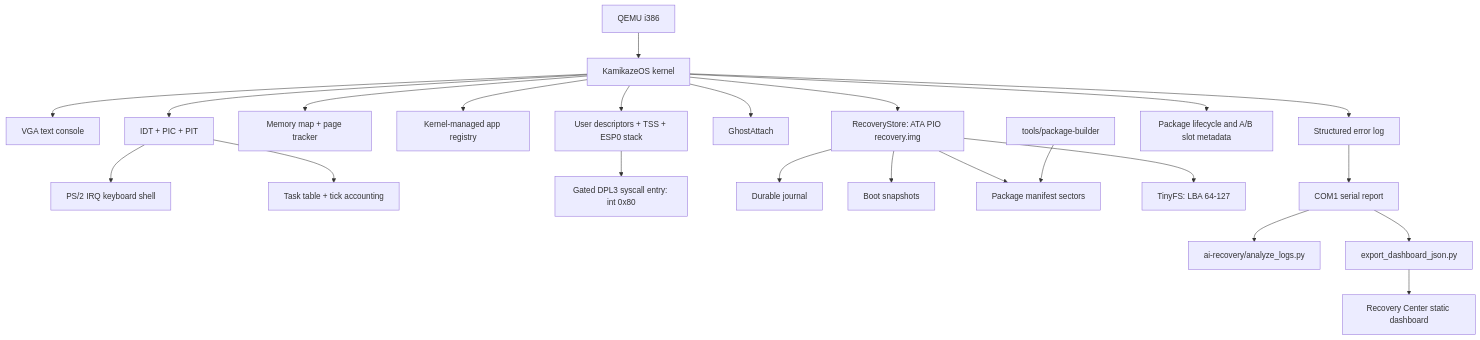
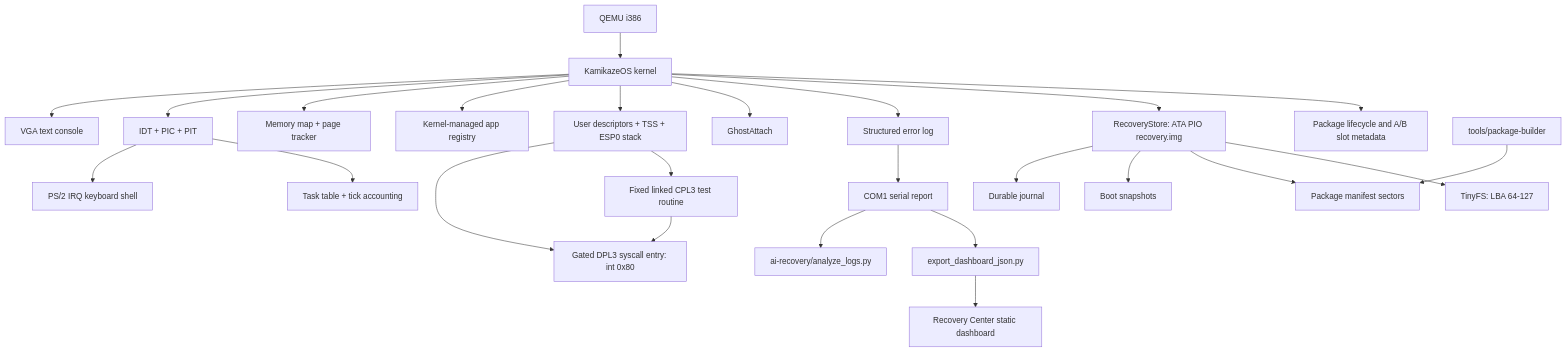
Before and after one commit to kaamikazi/kamikazeos: the diagram in README.md, drawn with Mermaid. The commit also changed other lines of this file and 10 other files, not shown here.

````diff
--- a/README.md
+++ b/README.md
@@ -53,25 +54,27 @@
 ```mermaid
 flowchart TD
   QEMU["QEMU i386"] --> Kernel["KamikazeOS kernel"]
   Kernel --> VGA["VGA text console"]
   Kernel --> IRQ["IDT + PIC + PIT"]
   Kernel --> Memory["Memory map + page tracker"]
   IRQ --> Keyboard["PS/2 IRQ keyboard shell"]
   IRQ --> Tasks["Task table + tick accounting"]
   Kernel --> Apps["Kernel-managed app registry"]
   Kernel --> Privilege["User descriptors + TSS + ESP0 stack"]
   Privilege --> Syscalls["Gated DPL3 syscall entry: int 0x80"]
+  Privilege --> Ring3["Fixed linked CPL3 test routine"]
+  Ring3 --> Syscalls
   Kernel --> Ghost["GhostAttach"]
   Kernel --> Errors["Structured error log"]
   Kernel --> Store["RecoveryStore: ATA PIO recovery.img"]
   Store --> Journal["Durable journal"]
   Store --> Snapshots["Boot snapshots"]
   Store --> Manifests["Package manifest sectors"]
   Store --> TinyFS["TinyFS: LBA 64-127"]
   Kernel --> Packages["Package lifecycle and A/B slot metadata"]
   Errors --> Serial["COM1 serial report"]
   Serial --> Analyzer["ai-recovery/analyze_logs.py"]
   Serial --> Exporter["export_dashboard_json.py"]
   Exporter --> Dashboard["Recovery Center static dashboard"]
   Tools["tools/package-builder"] --> Manifests
 ```
````
